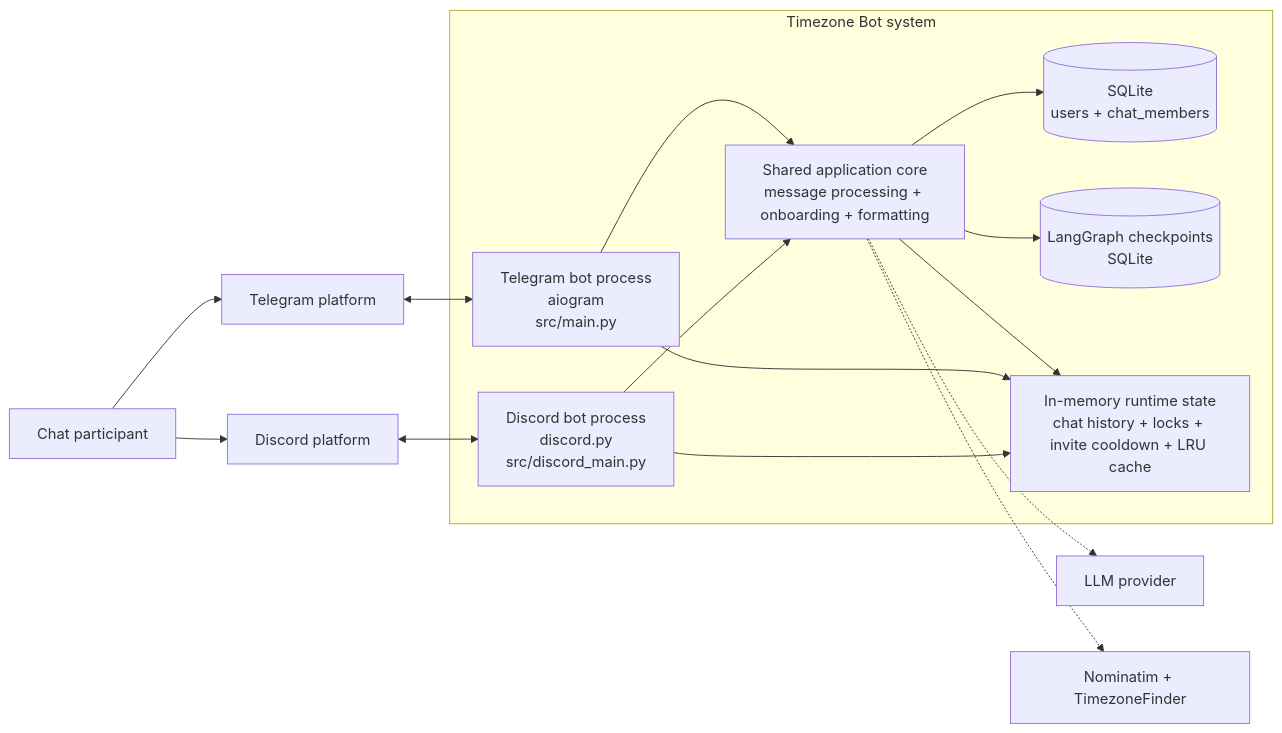
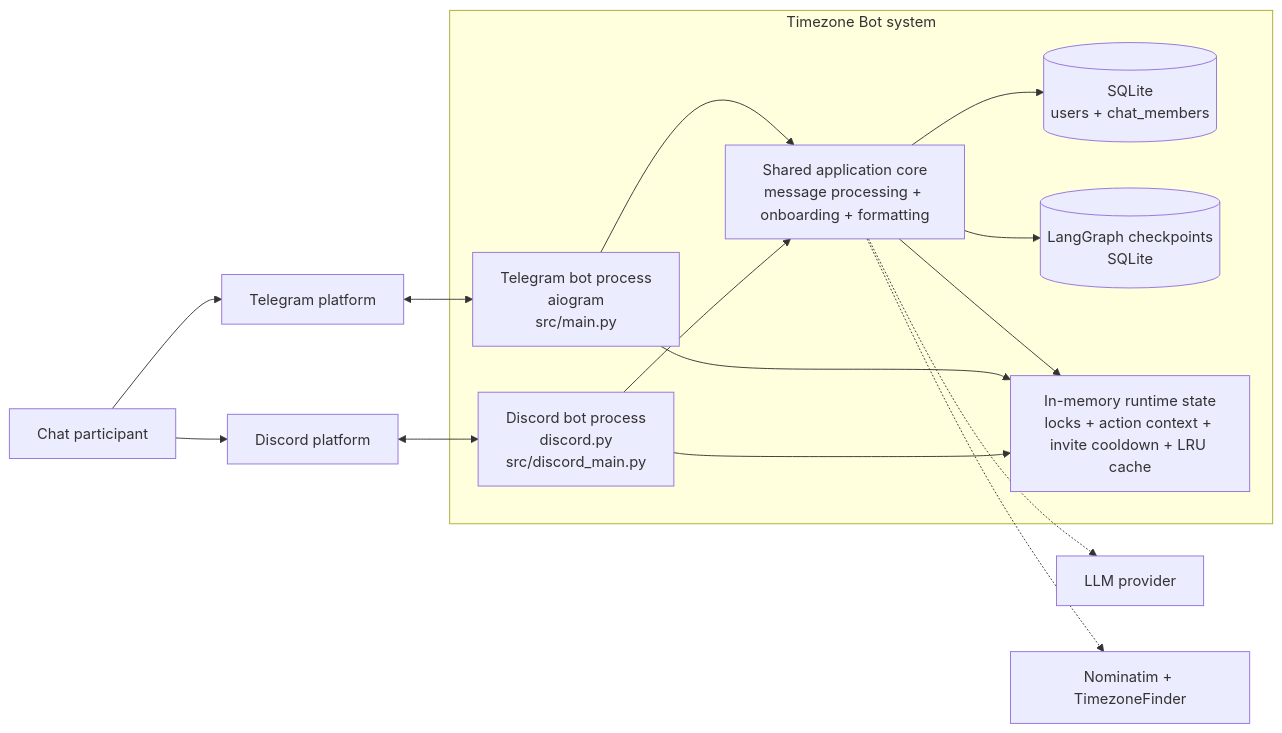
One commit to antlbn/Timezone_bot changed the second of 4 diagrams in journal/00_system_context.md. Above: the diagram before and after it, drawn with Mermaid. The commit also changed 3 other files, not shown here.

````diff
--- a/journal/00_system_context.md
+++ b/journal/00_system_context.md
@@ -59,35 +59,35 @@
 ```mermaid
 flowchart LR
     User["Chat participant"]
     Telegram["Telegram platform"]
     Discord["Discord platform"]
     LLM["LLM provider"]
     Geo["Nominatim + TimezoneFinder"]
 
     subgraph Bot["Timezone Bot system"]
         TG["Telegram bot process<br/>aiogram<br/>src/main.py"]
         DC["Discord bot process<br/>discord.py<br/>src/discord_main.py"]
         Core["Shared application core<br/>message processing + onboarding + formatting"]
         DB[("SQLite<br/>users + chat_members")]
         CP[("LangGraph checkpoints<br/>SQLite")]
-        Mem["In-memory runtime state<br/>chat history + locks + invite cooldown + LRU cache"]
+        Mem["In-memory runtime state<br/>locks + action context + invite cooldown + LRU cache"]
     end
 
     User --> Telegram
     User --> Discord
 
     Telegram <--> TG
     Discord <--> DC
 
     TG --> Core
     DC --> Core
 
     Core --> DB
     Core --> CP
     Core --> Mem
     Core -.-> LLM
     Core -.-> Geo
 
     TG --> Mem
     DC --> Mem
 ```
````
